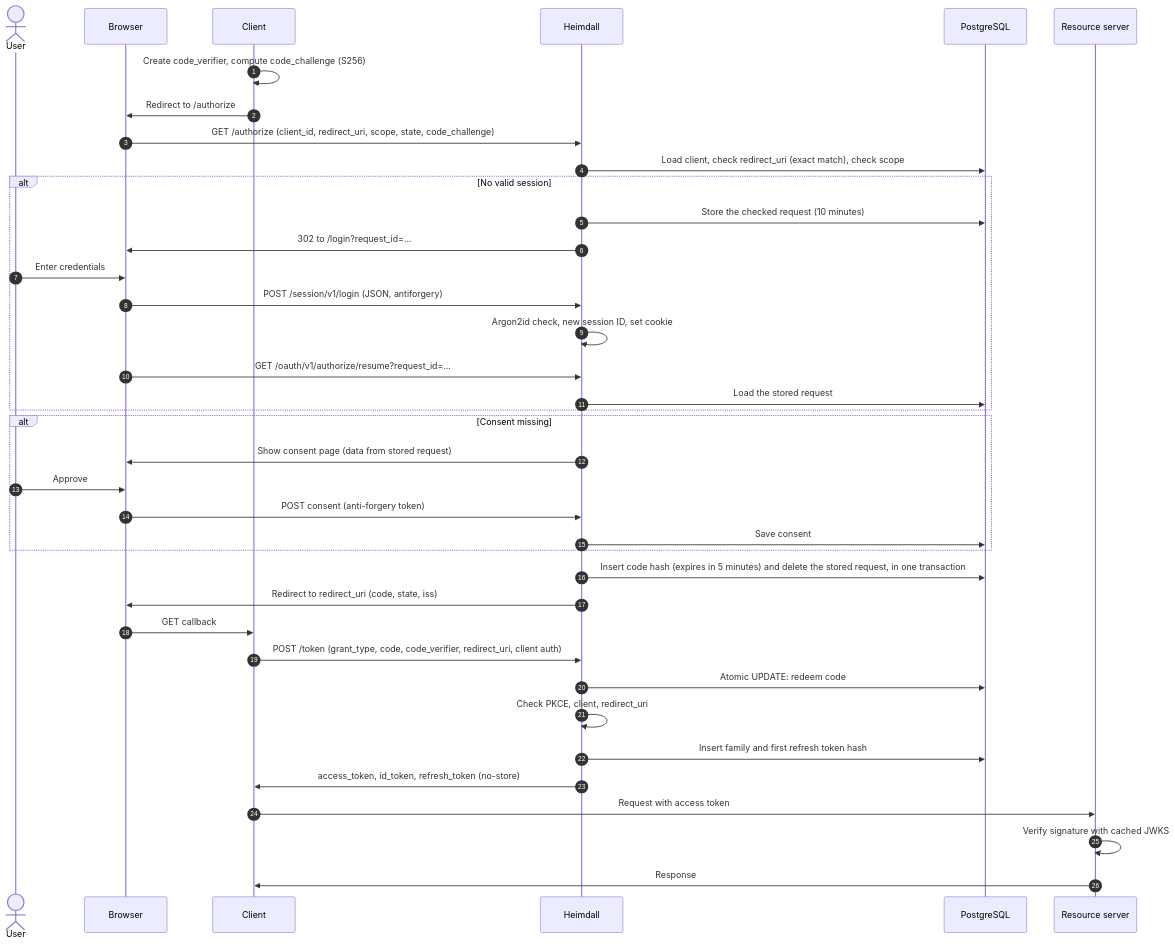
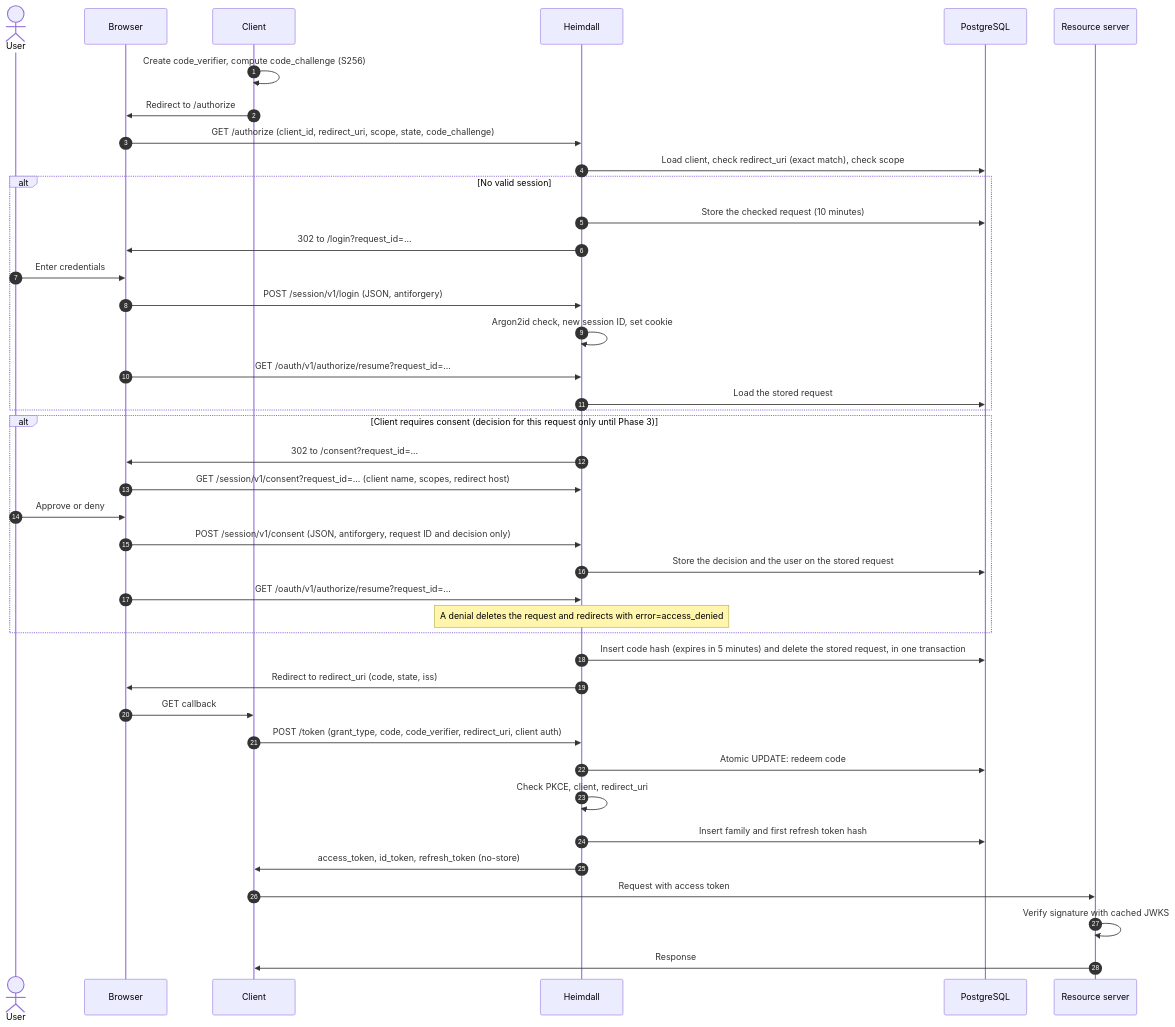
One commit to Parth2500/heimdall-idp changed the first of 2 diagrams in docs/diagrams/02-authorization-code-flow.md. Above: the diagram before and after it, drawn with Mermaid. The commit also changed 17 other files, not shown here.

````diff
--- a/docs/diagrams/02-authorization-code-flow.md
+++ b/docs/diagrams/02-authorization-code-flow.md
@@ -5,41 +5,44 @@
 ```mermaid
 sequenceDiagram
     autonumber
     actor U as User
     participant B as Browser
     participant C as Client
     participant H as Heimdall
     participant DB as PostgreSQL
     participant R as Resource server
 
     C->>C: Create code_verifier, compute code_challenge (S256)
     C->>B: Redirect to /authorize
     B->>H: GET /authorize (client_id, redirect_uri, scope, state, code_challenge)
     H->>DB: Load client, check redirect_uri (exact match), check scope
     alt No valid session
         H->>DB: Store the checked request (10 minutes)
         H->>B: 302 to /login?request_id=...
         U->>B: Enter credentials
         B->>H: POST /session/v1/login (JSON, antiforgery)
         H->>H: Argon2id check, new session ID, set cookie
         B->>H: GET /oauth/v1/authorize/resume?request_id=...
         H->>DB: Load the stored request
     end
-    alt Consent missing
-        H->>B: Show consent page (data from stored request)
-        U->>B: Approve
-        B->>H: POST consent (anti-forgery token)
-        H->>DB: Save consent
+    alt Client requires consent (decision for this request only until Phase 3)
+        H->>B: 302 to /consent?request_id=...
+        B->>H: GET /session/v1/consent?request_id=... (client name, scopes, redirect host)
+        U->>B: Approve or deny
+        B->>H: POST /session/v1/consent (JSON, antiforgery, request ID and decision only)
+        H->>DB: Store the decision and the user on the stored request
+        B->>H: GET /oauth/v1/authorize/resume?request_id=...
+        Note over H: A denial deletes the request and redirects with error=access_denied
     end
     H->>DB: Insert code hash (expires in 5 minutes) and delete the stored request, in one transaction
     H->>B: Redirect to redirect_uri (code, state, iss)
     B->>C: GET callback
     C->>H: POST /token (grant_type, code, code_verifier, redirect_uri, client auth)
     H->>DB: Atomic UPDATE: redeem code
     H->>H: Check PKCE, client, redirect_uri
     H->>DB: Insert family and first refresh token hash
     H->>C: access_token, id_token, refresh_token (no-store)
     C->>R: Request with access token
     R->>R: Verify signature with cached JWKS
     R->>C: Response
 ```
````
